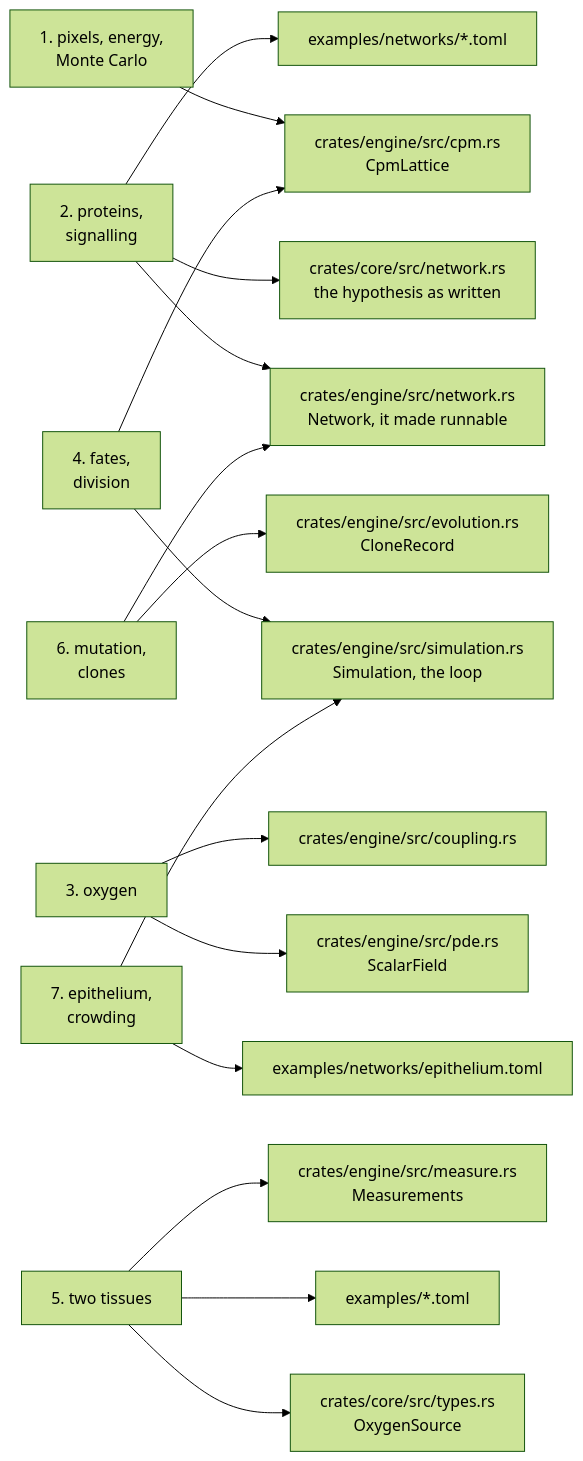
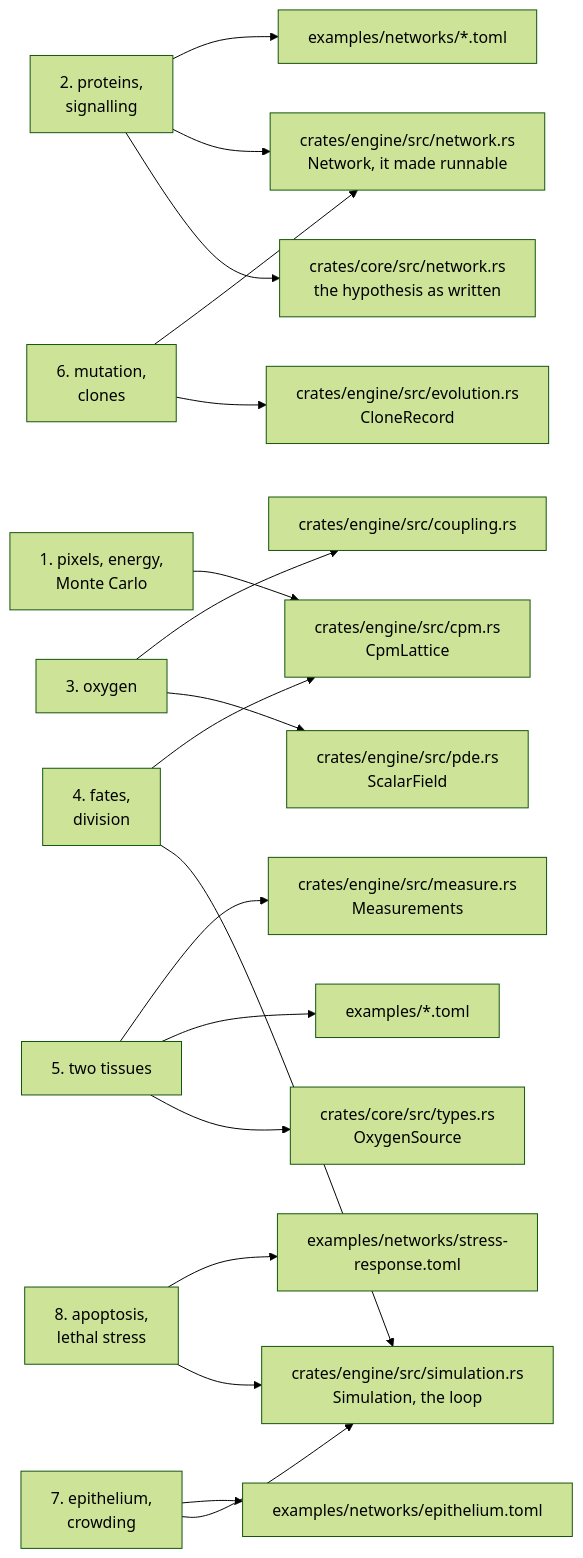
One commit to ngodzik/cellweave changed the diagram in docs/README.md. Above: the diagram before and after it, drawn with Mermaid (forest theme). The commit also changed other lines of this file and 29 other files, not shown here.

````diff
--- a/docs/README.md
+++ b/docs/README.md
@@ -29,18 +30,20 @@
 ```mermaid
 flowchart LR
     c1["1. pixels, energy,<br/>Monte Carlo"] --> cpm["crates/engine/src/cpm.rs<br/>CpmLattice"]
     c2["2. proteins,<br/>signalling"] --> net["crates/core/src/network.rs<br/>the hypothesis as written"]
     c2 --> run["crates/engine/src/network.rs<br/>Network, it made runnable"]
     c2 --> files["examples/networks/*.toml"]
     c3["3. oxygen"] --> pde["crates/engine/src/pde.rs<br/>ScalarField"]
     c3 --> cpl["crates/engine/src/coupling.rs"]
     c4["4. fates,<br/>division"] --> sim["crates/engine/src/simulation.rs<br/>Simulation, the loop"]
     c4 --> cpm
     c5["5. two tissues"] --> cfg["crates/core/src/types.rs<br/>OxygenSource"]
     c5 --> ex["examples/*.toml"]
     c5 --> mea["crates/engine/src/measure.rs<br/>Measurements"]
     c6["6. mutation,<br/>clones"] --> evo["crates/engine/src/evolution.rs<br/>CloneRecord"]
     c6 --> run
     c7["7. epithelium,<br/>crowding"] --> sim
     c7 --> epi["examples/networks/epithelium.toml"]
+    c8["8. apoptosis,<br/>lethal stress"] --> sim
+    c8 --> str["examples/networks/stress-response.toml"]
 ```
````
